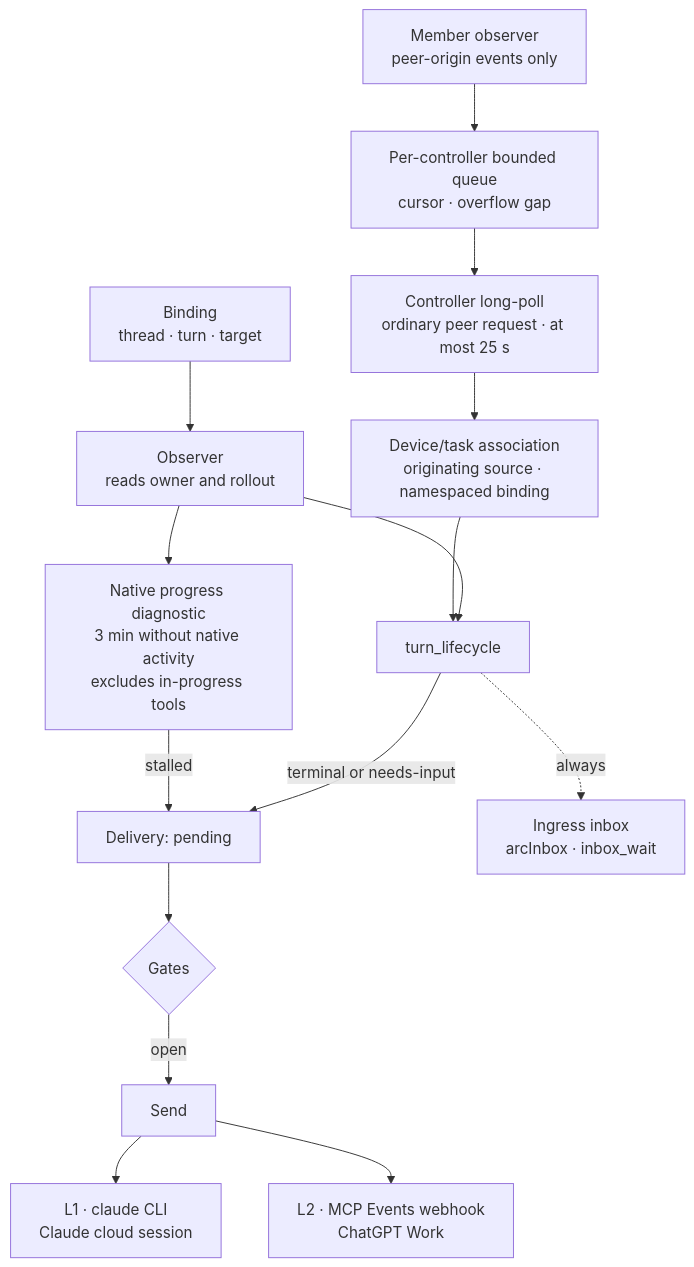
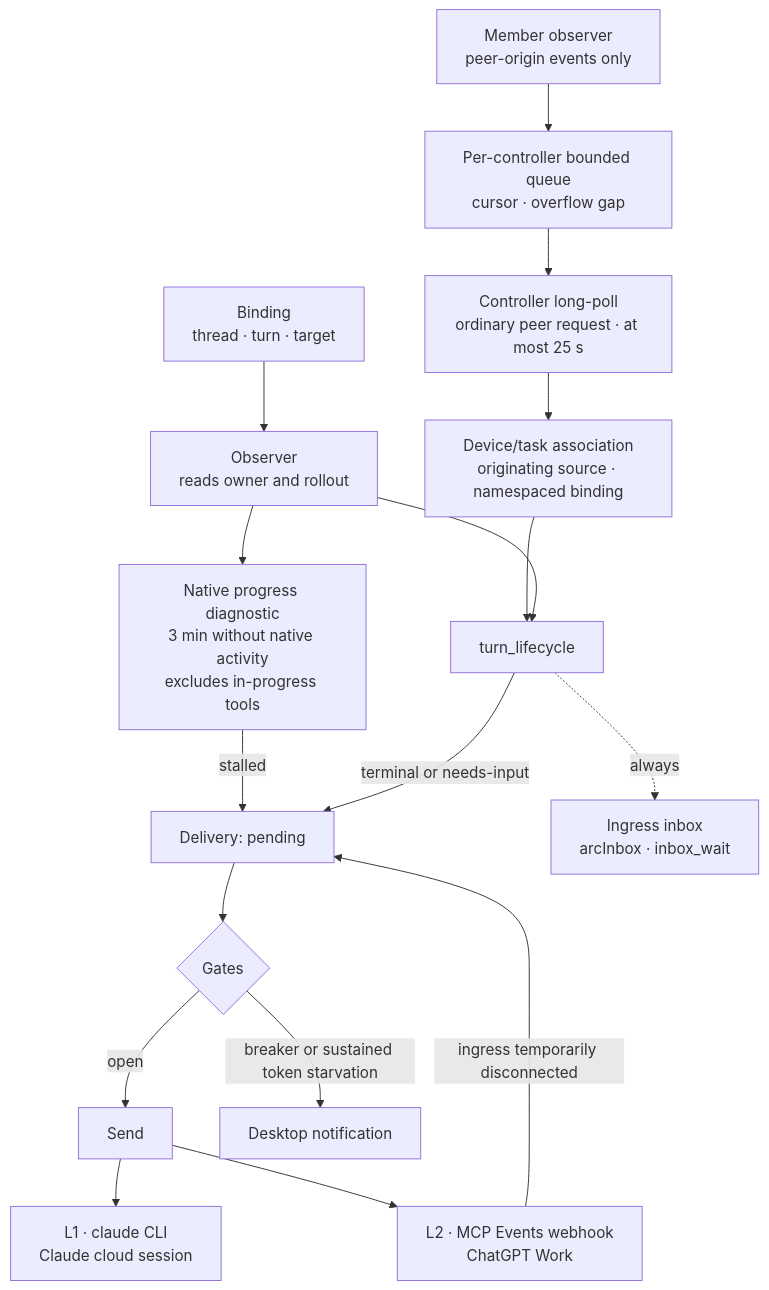
One commit to whzxc/agent-remote-control changed the diagram in arch/mechanisms/notification-flow.mmd. Above: the diagram before and after it, drawn with Mermaid. The commit also changed 29 other files, not shown here.

Commit message:
fix(go-port): close notification and desktop parity gaps

```diff
--- a/arch/mechanisms/notification-flow.mmd
+++ b/arch/mechanisms/notification-flow.mmd
@@ -1,19 +1,21 @@
 %% Notification flow (layer 2): from binding to L1/L2 delivery and the ingress inbox.
 %% Index and code mapping: docs/dev/arch-assets.md
 flowchart TB
   bind["Binding<br/>thread · turn · target"] --> observe["Observer<br/>reads owner and rollout"]
   member["Member observer<br/>peer-origin events only"] --> queue["Per-controller bounded queue<br/>cursor · overflow gap"]
   queue --> poll["Controller long-poll<br/>ordinary peer request · at most 25 s"]
   poll --> association["Device/task association<br/>originating source · namespaced binding"]
   association --> lifecycle
   observe --> lifecycle["turn_lifecycle"]
   observe --> progress["Native progress diagnostic<br/>3 min without native activity<br/>excludes in-progress tools"]
   progress -->|"stalled"| delivery
   lifecycle -->|"terminal or needs-input"| delivery["Delivery: pending"]
   lifecycle -.->|"always"| inbox["Ingress inbox<br/>arcInbox · inbox_wait"]
   delivery --> gates{"Gates"}
   gates -->|"open"| send["Send"]
+  gates -->|"breaker or sustained token starvation"| desktop["Desktop notification"]
   send --> cli["L1 · claude CLI<br/>Claude cloud session"]
   send --> webhook["L2 · MCP Events webhook<br/>ChatGPT Work"]
+  webhook -->|"ingress temporarily disconnected"| delivery
   class observe gap
   class progress uncertain
```
